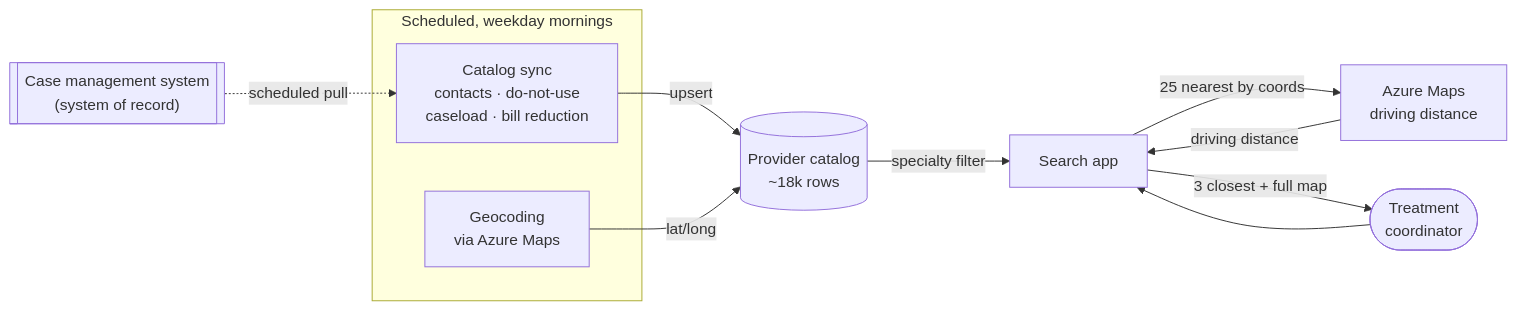
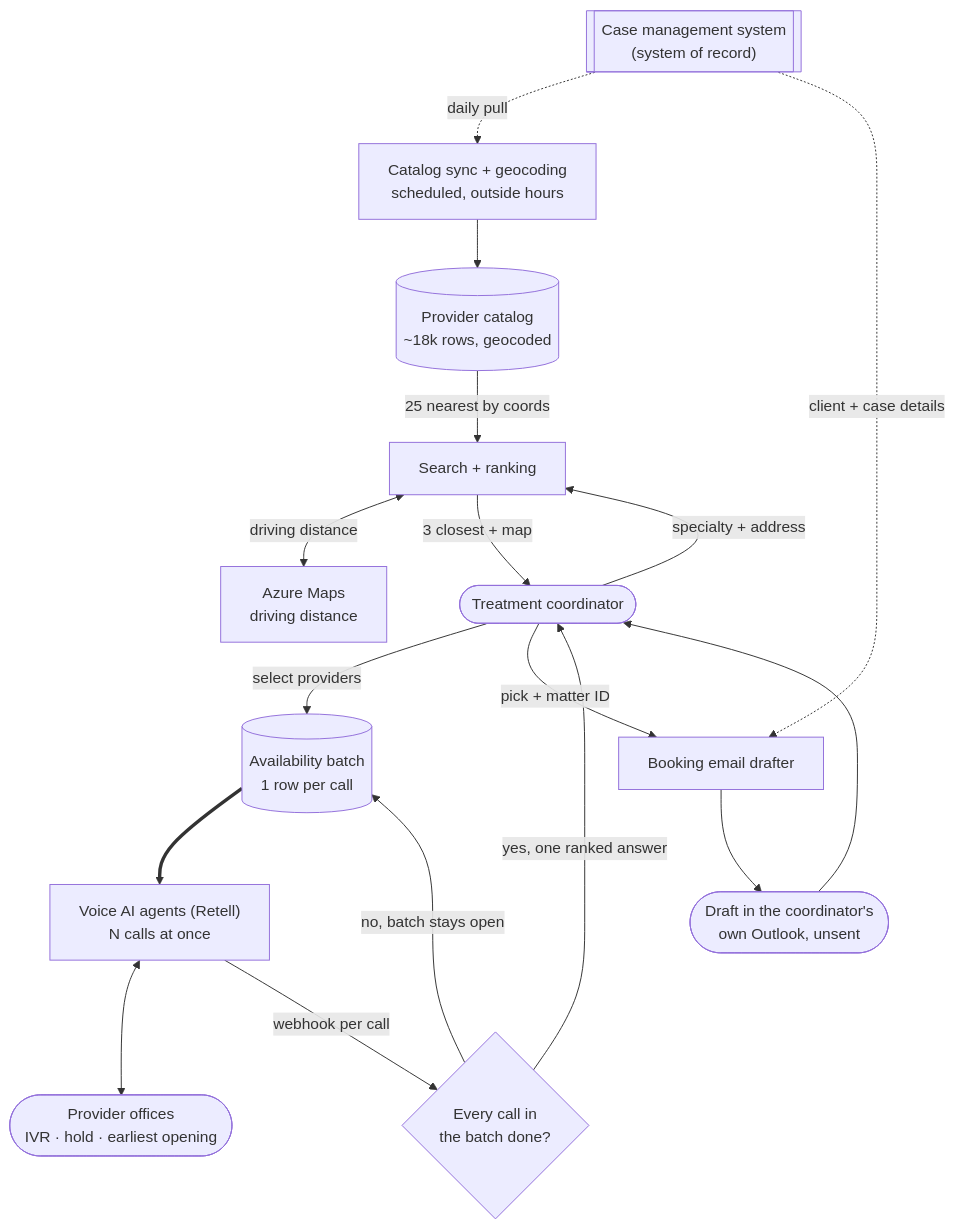
The diagram in medical-provider-selection/README.md (laraderosa-lab/laraderosa-solutions), drawn with Mermaid before and after one commit. The commit also changed other lines of this file and 2 other files, not shown here.

````diff
--- a/medical-provider-selection/README.md
+++ b/medical-provider-selection/README.md
@@ -224,23 +153,31 @@
 ```mermaid
-flowchart LR
+flowchart TB
   cms[["Case management system<br/>(system of record)"]]
-  treater(["Treatment<br/>coordinator"])
+  treater(["Treatment coordinator"])
 
-  subgraph sched["Scheduled, weekday mornings"]
-    sync["Catalog sync<br/>contacts · do-not-use<br/>caseload · bill reduction"]
-    geo["Geocoding<br/>via Azure Maps"]
-  end
+  sync["Catalog sync + geocoding<br/>scheduled, outside hours"]
+  cat[("Provider catalog<br/>~18k rows, geocoded")]
+  maps["Azure Maps<br/>driving distance"]
+  search["Search + ranking"]
+  batch[("Availability batch<br/>1 row per call")]
+  voice["Voice AI agents (Retell)<br/>N calls at once"]
+  offices(["Provider offices<br/>IVR · hold · earliest opening"])
+  gate{"Every call in<br/>the batch done?"}
+  draft["Booking email drafter"]
+  out(["Draft in the coordinator's<br/>own Outlook, unsent"])
 
-  cat[("Provider catalog<br/>~18k rows")]
-  maps["Azure Maps<br/>driving distance"]
-  search["Search app"]
-
-  cms -.->|"scheduled pull"| sync
-  sync -->|"upsert"| cat
-  geo -->|"lat/long"| cat
-  cat -->|"specialty filter"| search
-  treater --> search
-  search -->|"25 nearest by coords"| maps
-  maps -->|"driving distance"| search
-  search -->|"3 closest + full map"| treater
+  cms -.->|"daily pull"| sync --> cat
+  treater -->|"specialty + address"| search
+  cat -->|"25 nearest by coords"| search
+  search <-->|"driving distance"| maps
+  search -->|"3 closest + map"| treater
+  treater -->|"select providers"| batch
+  batch ==> voice
+  voice <--> offices
+  voice -->|"webhook per call"| gate
+  gate -->|"no, batch stays open"| batch
+  gate -->|"yes, one ranked answer"| treater
+  treater -->|"pick + matter ID"| draft
+  cms -.->|"client + case details"| draft
+  draft --> out --> treater
 ```
````
